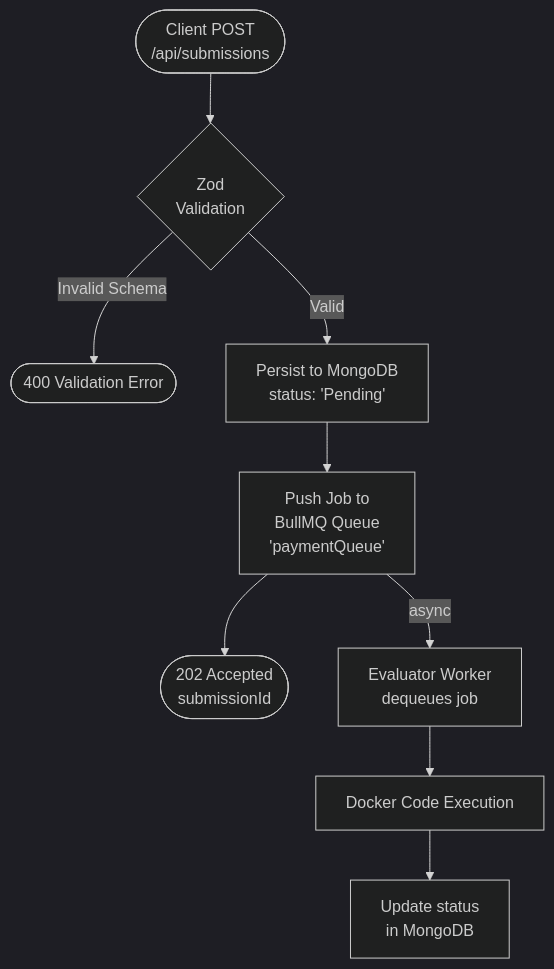
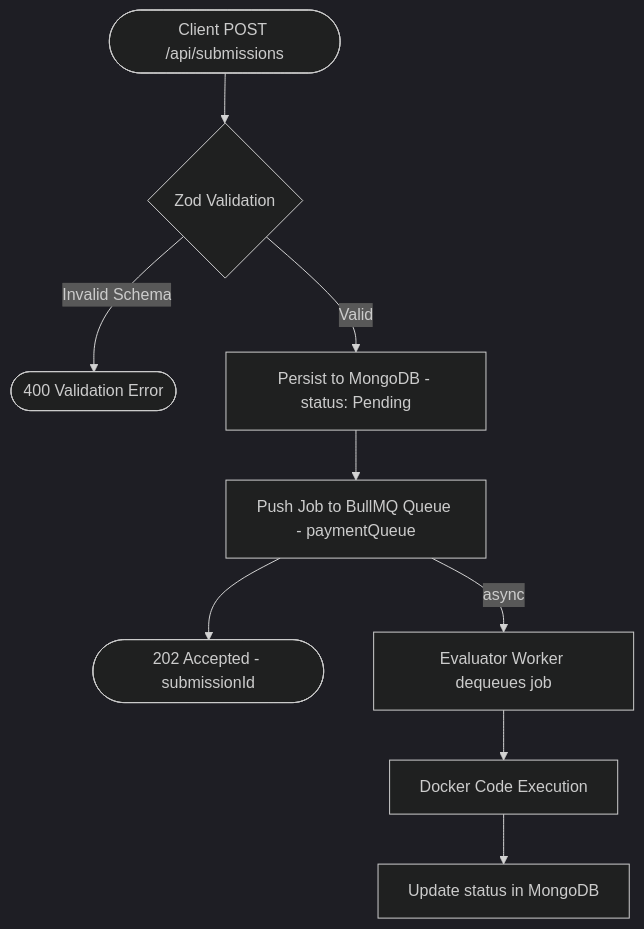
The fourth of 8 diagrams in README.md (IamAbhinav01/coderX), drawn with Mermaid before and after one commit. The commit also changed other lines of this file, not shown here.

````diff
--- a/README.md
+++ b/README.md
@@ -462,12 +462,12 @@
 ```mermaid
 %%{init: {'theme': 'dark'}}%%
 flowchart TD
-    A([Client POST\n/api/submissions]) --> B{Zod\nValidation}
-    B -->|Invalid Schema| ERR([400 Validation Error])
-    B -->|Valid| C[Persist to MongoDB\nstatus: 'Pending']
-    C --> D[Push Job to\nBullMQ Queue\n'paymentQueue']
-    D --> E([202 Accepted\nsubmissionId])
-    D -->|async| F[Evaluator Worker\ndequeues job]
+    A(["Client POST /api/submissions"]) --> B{"Zod Validation"}
+    B -->|Invalid Schema| ERR(["400 Validation Error"])
+    B -->|Valid| C["Persist to MongoDB - status: Pending"]
+    C --> D["Push Job to BullMQ Queue - paymentQueue"]
+    D --> E(["202 Accepted - submissionId"])
+    D -->|async| F["Evaluator Worker dequeues job"]
     F --> G[Docker Code Execution]
-    G --> H[Update status\nin MongoDB]
+    G --> H["Update status in MongoDB"]
 ```
````
